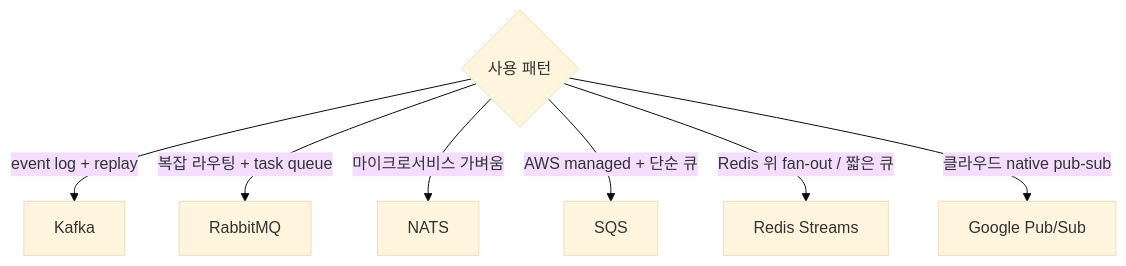
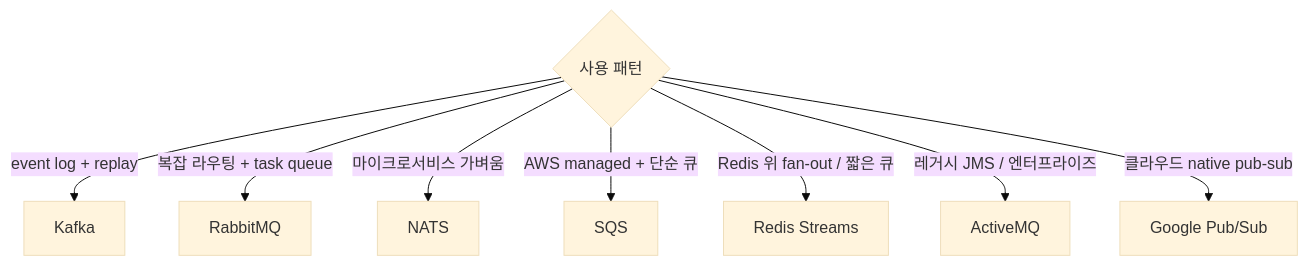
Before and after one commit to shinkeonkim/shinkeonkim.github.io: the first of 6 diagrams in src/content/wiki/distributed-systems/message-broker-comparison.mdx, drawn with Mermaid (base theme). The commit also changed other lines of this file and 526 other files, not shown here.

First line of the commit message:
content(wiki): 전수조사 및 대규모 보강 (짧은 파일 0, mermaid +645)

````diff
--- a/src/content/wiki/distributed-systems/message-broker-comparison.mdx
+++ b/src/content/wiki/distributed-systems/message-broker-comparison.mdx
@@ -14,10 +24,11 @@
 ```mermaid
 flowchart TD
-    Q1{사용 패턴}
-    Q1 -->|event log + replay| Kafka[Kafka]
-    Q1 -->|복잡 라우팅 + task queue| Rabbit[RabbitMQ]
-    Q1 -->|마이크로서비스 가벼움| NATS[NATS]
-    Q1 -->|AWS managed + 단순 큐| SQS[SQS]
-    Q1 -->|Redis 위 fan-out / 짧은 큐| RedisS[Redis Streams]
-    Q1 -->|클라우드 native pub-sub| GCP[Google Pub/Sub]
+    Q1{"사용 패턴"}
+    Q1 -->|"event log + replay"| Kafka[Kafka]
+    Q1 -->|"복잡 라우팅 + task queue"| Rabbit[RabbitMQ]
+    Q1 -->|"마이크로서비스 가벼움"| NATS[NATS]
+    Q1 -->|"AWS managed + 단순 큐"| SQS[SQS]
+    Q1 -->|"Redis 위 fan-out / 짧은 큐"| RedisS[Redis Streams]
+    Q1 -->|"레거시 JMS / 엔터프라이즈"| AMQ[ActiveMQ]
+    Q1 -->|"클라우드 native pub-sub"| GCP["Google Pub/Sub"]
 ```
````
